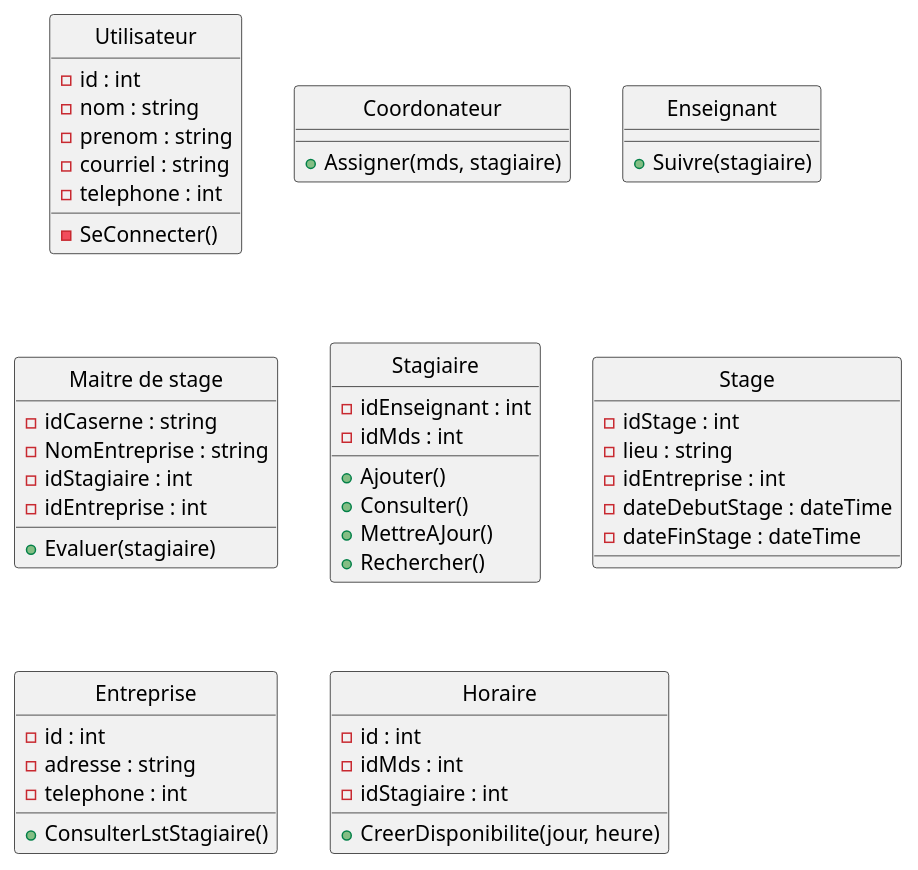
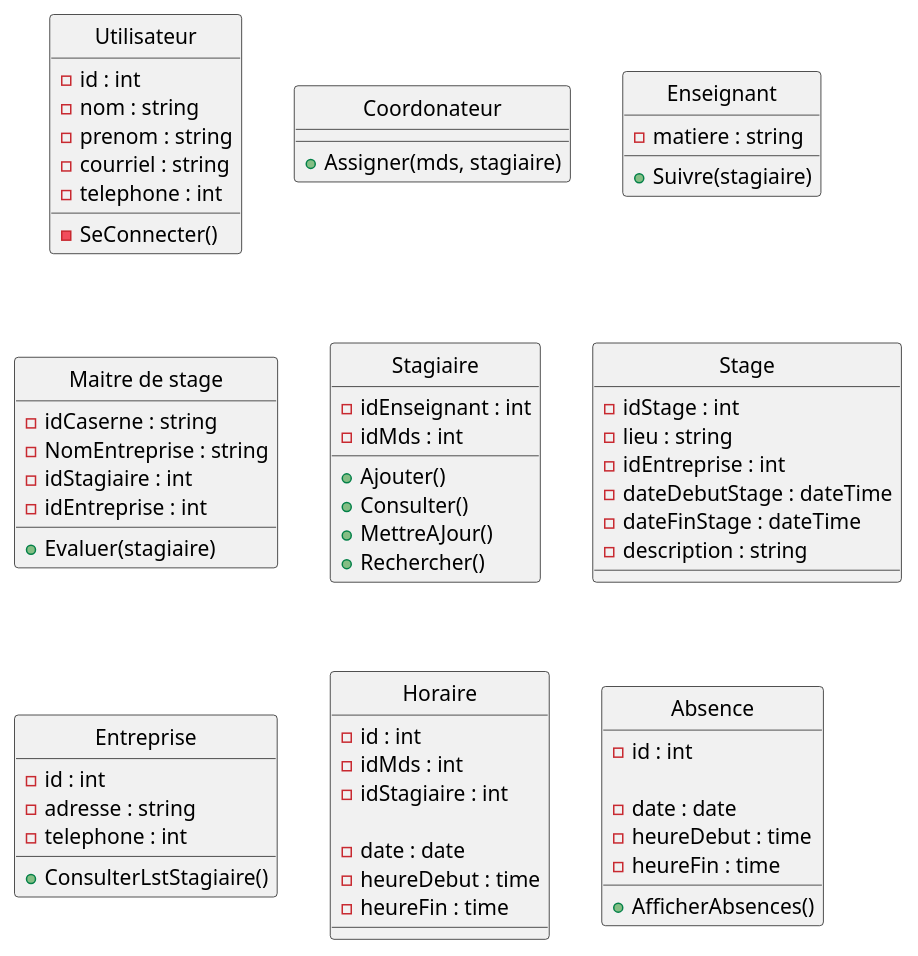
One commit to thatscringebro/SPU changed the diagram in Analyse/diagrammeClasse.md. Above: the diagram before and after it, drawn with PlantUML.

Commit message:
diagrammes analyses version 2

````diff
--- a/Analyse/diagrammeClasse.md
+++ b/Analyse/diagrammeClasse.md
@@ -4,68 +4,81 @@
 ```plantuml
 
 hide circle
 
 
 class "Utilisateur" AS User {
     - id : int 
     - nom : string
     - prenom : string
     - courriel : string 
     - telephone : int
     - SeConnecter()
 
 }
 
 class "Coordonateur" AS co {
     + Assigner(mds, stagiaire)
 }
 
 class "Enseignant" AS ens {
+    - matiere : string
     + Suivre(stagiaire)
 }
 
 class "Maitre de stage" AS Mds {
     + Evaluer(stagiaire)
     - idCaserne : string
     - NomEntreprise : string
     - idStagiaire : int
     - idEntreprise : int
 }
 
 class "Stagiaire" AS st{
     - idEnseignant : int
     - idMds : int
 
     + Ajouter()
     + Consulter()
     + MettreAJour()
     + Rechercher()
 }
 
 class Stage {
     - idStage : int
     - lieu : string
     - idEntreprise : int
     - dateDebutStage : dateTime
     - dateFinStage : dateTime
+    - description : string
 }
 
 class "Entreprise" AS ent {
     - id : int
     - adresse : string
     - telephone : int
 
     + ConsulterLstStagiaire()
 }
 
 class Horaire {
     - id : int
     - idMds : int
     - idStagiaire : int
-    + CreerDisponibilite(jour, heure)
+
+    - date : date
+    - heureDebut : time
+    - heureFin : time
+}
+
+class Absence {
+    - id : int
+
+    - date : date
+    - heureDebut : time
+    - heureFin : time
+
+    + AfficherAbsences()
 }
 
 
-
-
 ```
````
